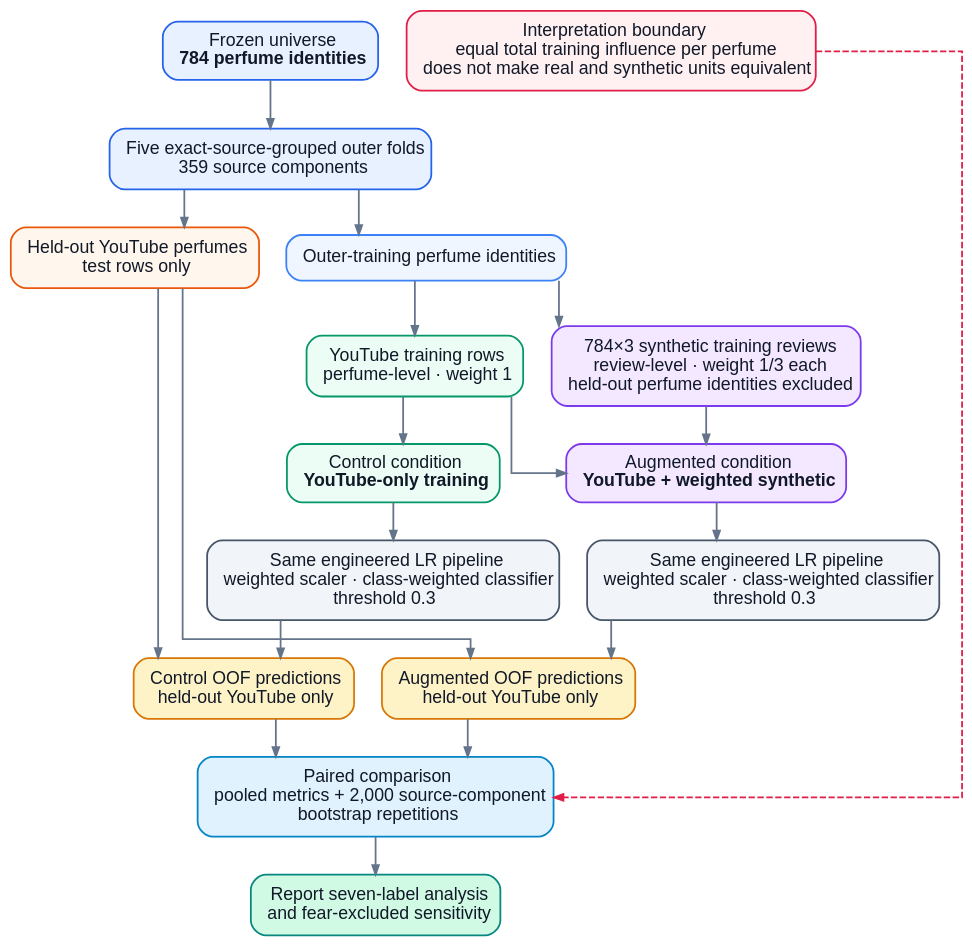
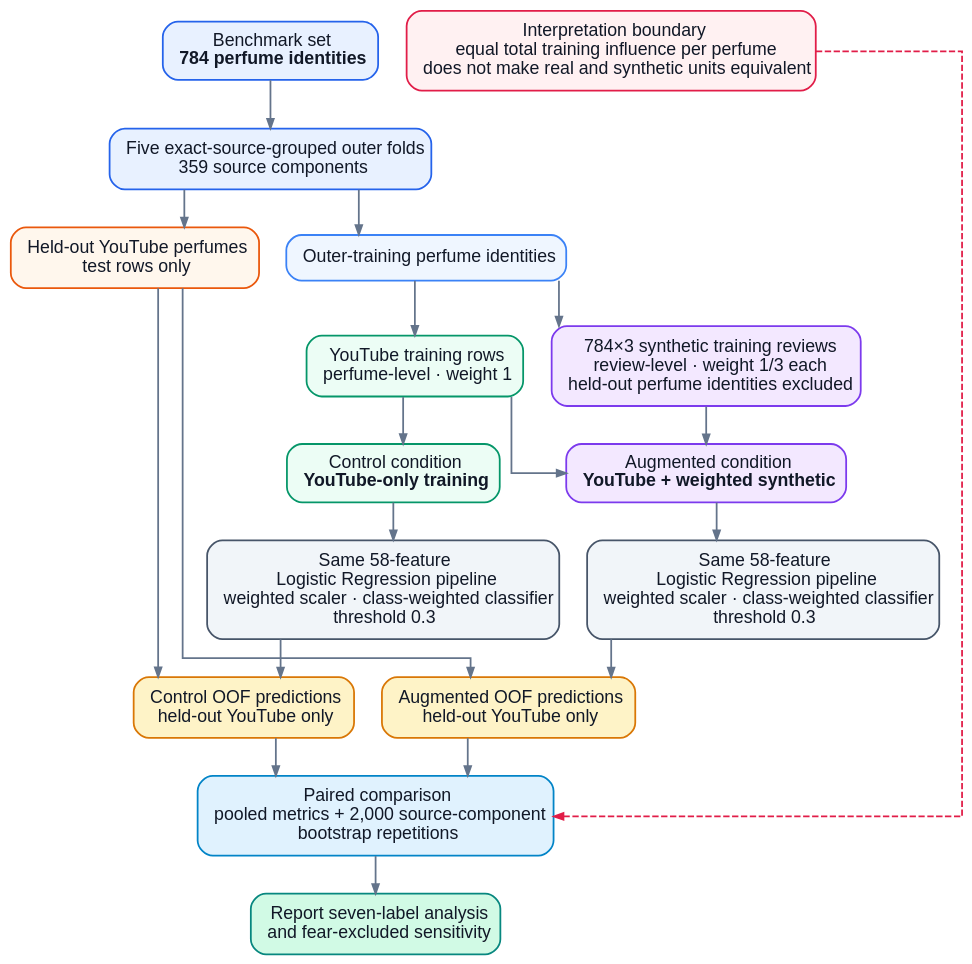
One commit to ececanga/Sentiment-Analysis-for-Perfume-Reviews changed the diagram in docs/thesis/mermaid diagrams/graphviz/figure_3_7_weighted_synthetic_augmentation.dot. Above: the diagram before and after it, drawn with Graphviz. The commit also changed 170 other files, not shown here.

```diff
--- a/docs/thesis/mermaid diagrams/graphviz/figure_3_7_weighted_synthetic_augmentation.dot
+++ b/docs/thesis/mermaid diagrams/graphviz/figure_3_7_weighted_synthetic_augmentation.dot
@@ -1,68 +1,68 @@
 digraph weighted_synthetic_augmentation {
     graph [
         rankdir=TB,
         bgcolor="transparent",
         pad=0.25,
         nodesep=0.30,
         ranksep=0.42,
         splines=ortho,
         fontname="Arial"
     ];
     node [
         shape=box,
         style="rounded,filled",
         color="#334155",
         fillcolor="#F8FAFC",
         fontcolor="#111827",
         fontname="Arial",
         fontsize=14,
         margin="0.18,0.12",
         penwidth=1.4
     ];
     edge [color="#64748B", penwidth=1.4, arrowsize=0.75];
 
-    A [label=<Frozen universe<BR/><B>784 perfume identities</B>>, fillcolor="#E8F1FF", color="#2563EB"];
+    A [label=<Benchmark set<BR/><B>784 perfume identities</B>>, fillcolor="#E8F1FF", color="#2563EB"];
     B [label=<Five exact-source-grouped outer folds<BR/>359 source components>, fillcolor="#E8F1FF", color="#2563EB"];
     C [label=<Outer-training perfume identities>, fillcolor="#EFF6FF", color="#3B82F6"];
     D [label=<Held-out YouTube perfumes<BR/>test rows only>, fillcolor="#FFF7ED", color="#EA580C"];
 
     E [label=<YouTube training rows<BR/>perfume-level · weight 1>, fillcolor="#ECFDF5", color="#059669"];
     F [label=<784×3 synthetic training reviews<BR/>review-level · weight 1/3 each<BR/>held-out perfume identities excluded>, fillcolor="#F3E8FF", color="#7C3AED"];
 
     G [label=<Control condition<BR/><B>YouTube-only training</B>>, fillcolor="#ECFDF5", color="#059669"];
     H [label=<Augmented condition<BR/><B>YouTube + weighted synthetic</B>>, fillcolor="#F3E8FF", color="#7C3AED"];
 
-    I [label=<Same engineered LR pipeline<BR/>weighted scaler · class-weighted classifier<BR/>threshold 0.3>, fillcolor="#F1F5F9", color="#475569"];
-    J [label=<Same engineered LR pipeline<BR/>weighted scaler · class-weighted classifier<BR/>threshold 0.3>, fillcolor="#F1F5F9", color="#475569"];
+    I [label=<Same 58-feature<BR/>Logistic Regression pipeline<BR/>weighted scaler · class-weighted classifier<BR/>threshold 0.3>, fillcolor="#F1F5F9", color="#475569"];
+    J [label=<Same 58-feature<BR/>Logistic Regression pipeline<BR/>weighted scaler · class-weighted classifier<BR/>threshold 0.3>, fillcolor="#F1F5F9", color="#475569"];
 
     K [label=<Control OOF predictions<BR/>held-out YouTube only>, fillcolor="#FEF3C7", color="#D97706"];
     L [label=<Augmented OOF predictions<BR/>held-out YouTube only>, fillcolor="#FEF3C7", color="#D97706"];
     M [label=<Paired comparison<BR/>pooled metrics + 2,000 source-component<BR/>bootstrap repetitions>, fillcolor="#E0F2FE", color="#0284C7"];
     N [label=<Report seven-label analysis<BR/>and fear-excluded sensitivity>, fillcolor="#D1FAE5", color="#07877F"];
     O [label=<Interpretation boundary<BR/>equal total training influence per perfume<BR/>does not make real and synthetic units equivalent>, fillcolor="#FFF1F2", color="#E11D48"];
 
     A -> B;
     B -> C;
     B -> D;
     C -> E;
     C -> F;
     E -> G;
     E -> H;
     F -> H;
     G -> I;
     H -> J;
     I -> K;
     J -> L;
     D -> K;
     D -> L;
     K -> M;
     L -> M;
     M -> N;
     O -> M [style=dashed, color="#E11D48", constraint=false];
 
     {rank=same; C; D}
     {rank=same; E; F}
     {rank=same; G; H}
     {rank=same; I; J}
     {rank=same; K; L}
 }
```
